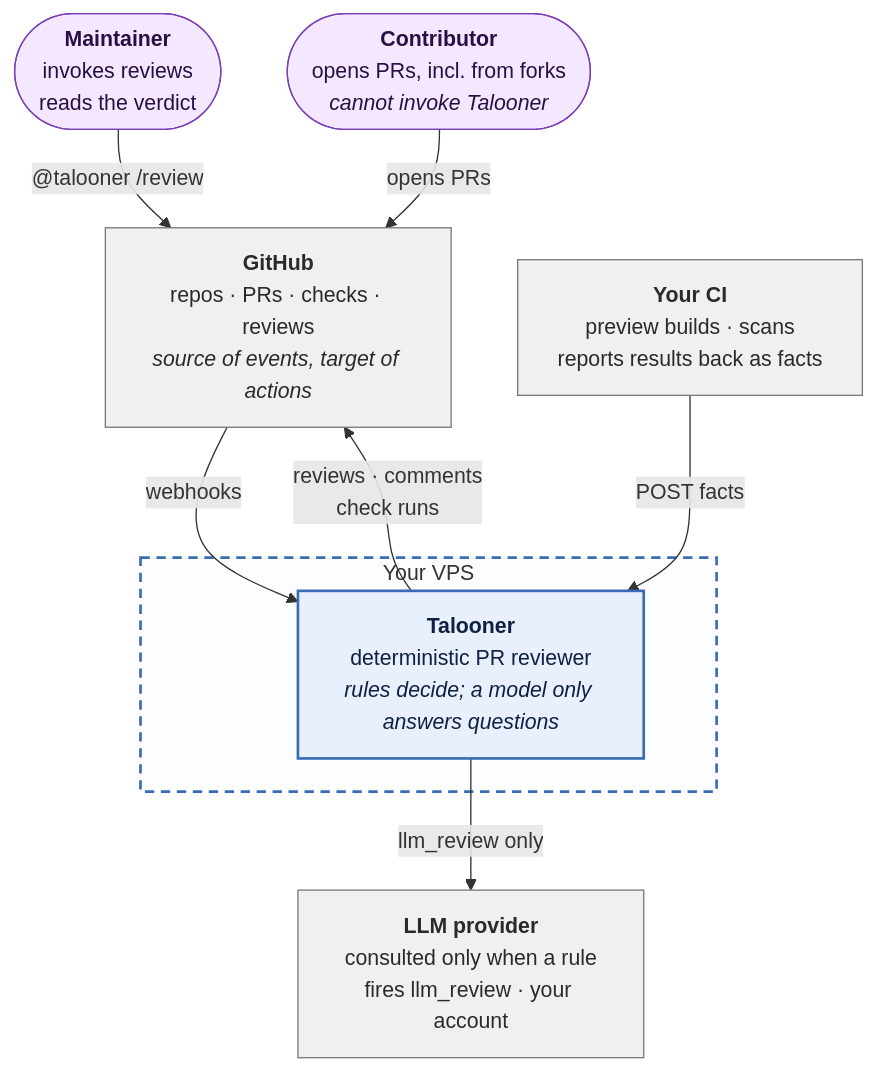
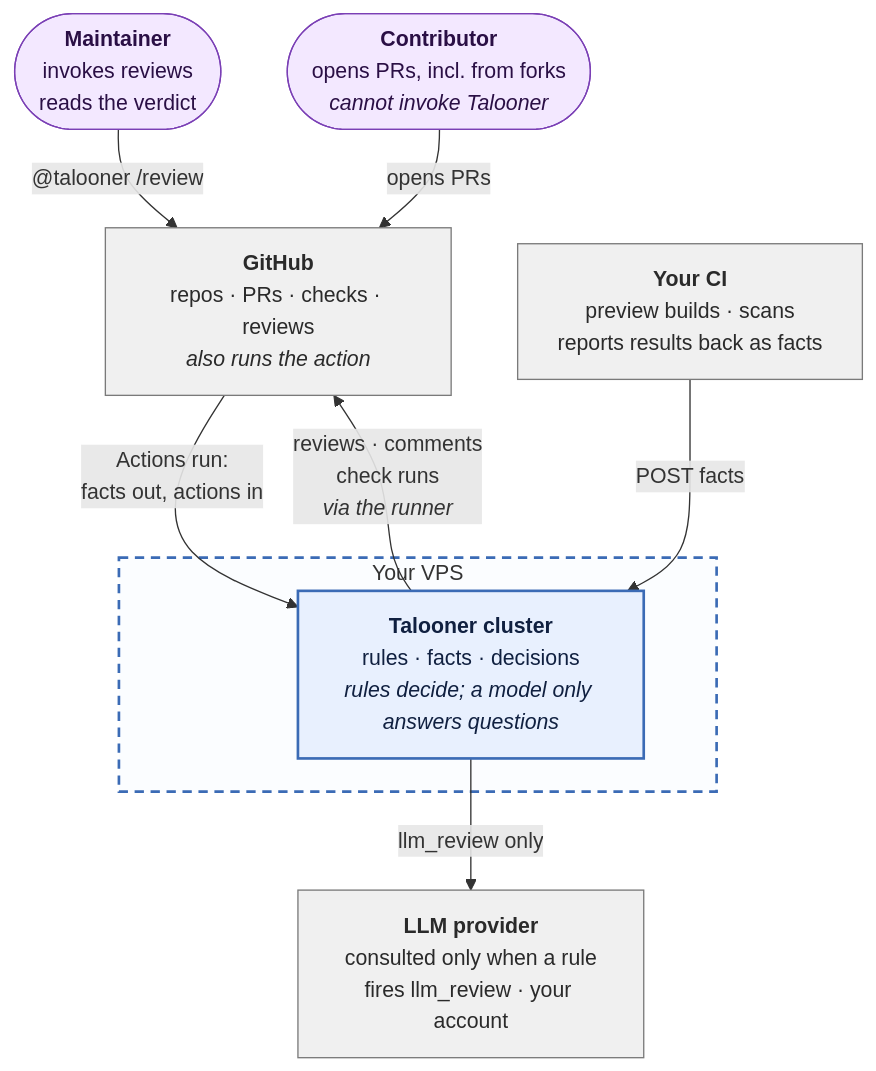
Before and after one commit to opentalon/talooner: the first of 10 diagrams in diagrams.md, drawn with Mermaid. The commit also changed other lines of this file and 7 other files, not shown here.

````diff
--- a/diagrams.md
+++ b/diagrams.md
@@ -56,29 +56,29 @@
 ```mermaid
 flowchart TB
     DEV(["<b>Maintainer</b><br/>invokes reviews<br/>reads the verdict"])
     CONTRIB(["<b>Contributor</b><br/>opens PRs, incl. from forks<br/><i>cannot invoke Talooner</i>"])
 
-    GH["<b>GitHub</b><br/>repos · PRs · checks · reviews<br/><i>source of events, target of actions</i>"]
+    GH["<b>GitHub</b><br/>repos · PRs · checks · reviews<br/><i>also runs the action</i>"]
 
     subgraph SELF["Your VPS"]
-        TAL["<b>Talooner</b><br/>deterministic PR reviewer<br/><i>rules decide; a model only answers questions</i>"]
+        TAL["<b>Talooner cluster</b><br/>rules · facts · decisions<br/><i>rules decide; a model only answers questions</i>"]
     end
 
     LLM["<b>LLM provider</b><br/>consulted only when a rule<br/>fires llm_review · your account"]
     CI["<b>Your CI</b><br/>preview builds · scans<br/>reports results back as facts"]
 
     DEV -->|"@talooner /review"| GH
     CONTRIB -->|"opens PRs"| GH
-    GH -->|"webhooks"| TAL
-    TAL -->|"reviews · comments<br/>check runs"| GH
+    GH -->|"Actions run:<br/>facts out, actions in"| TAL
+    TAL -->|"reviews · comments<br/>check runs<br/><i>via the runner</i>"| GH
     TAL -->|"llm_review only"| LLM
     CI -->|"POST facts"| TAL
 
     classDef person fill:#f3e8ff,stroke:#7a3fb5,color:#2a0f45
     classDef ext fill:#f0f0f0,stroke:#7a7a7a,color:#2a2a2a
     classDef sys fill:#e8f0fe,stroke:#3b6bb5,stroke-width:2px,color:#102040
     class DEV,CONTRIB person
     class GH,LLM,CI ext
     class TAL sys
     style SELF fill:#fbfdff,stroke:#3b6bb5,stroke-width:2px,stroke-dasharray:7 5
 ```
````
